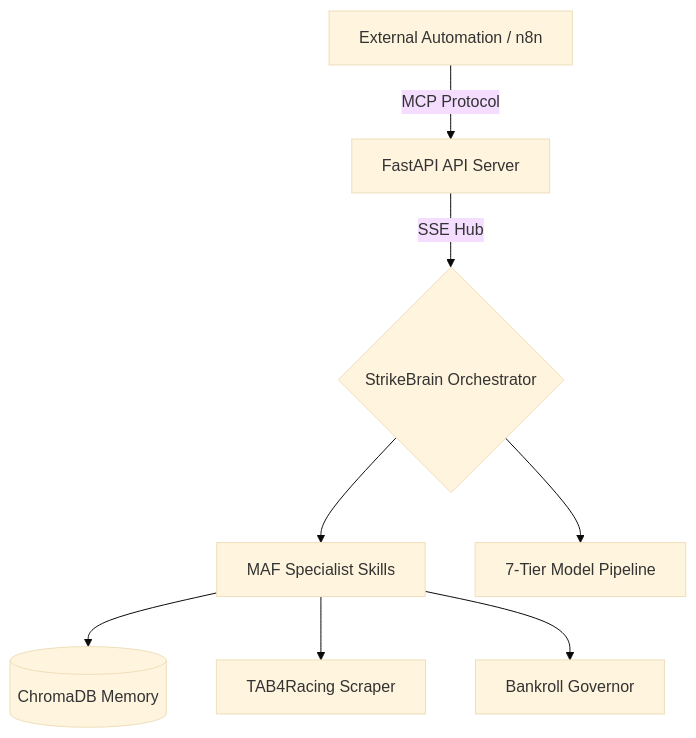
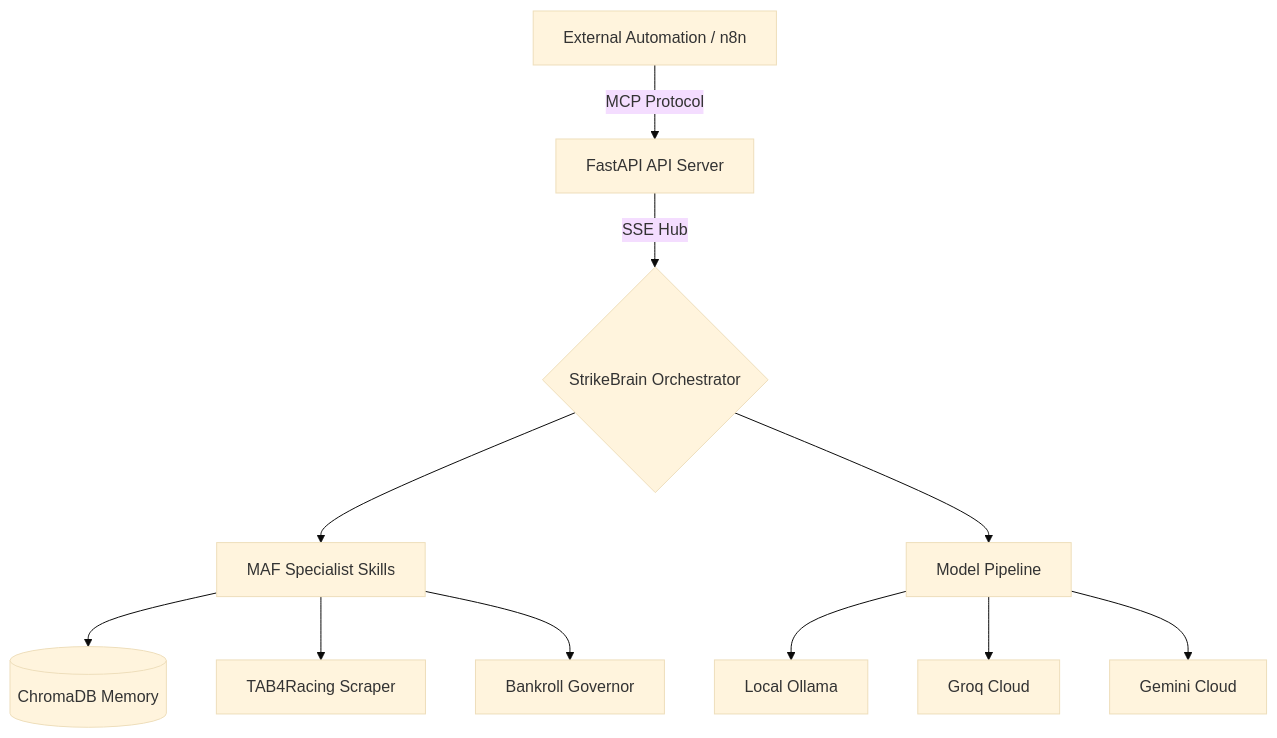
Before and after one commit to Gmpho/strike-tips-autonomous-: the diagram in docs/MCP_INTEGRATION_GUIDE.md, drawn with Mermaid (base theme). The commit also changed other lines of this file and 17 other files, not shown here.

````diff
--- a/docs/MCP_INTEGRATION_GUIDE.md
+++ b/docs/MCP_INTEGRATION_GUIDE.md
@@ -7,10 +9,13 @@
 ```mermaid
 graph TD
     A[External Automation / n8n] -- MCP Protocol --> B[FastAPI API Server]
     B -- SSE Hub --> C{StrikeBrain Orchestrator}
     C --> D[MAF Specialist Skills]
     D --> E[(ChromaDB Memory)]
     D --> F[TAB4Racing Scraper]
     D --> G[Bankroll Governor]
-    C --> H[7-Tier Model Pipeline]
+    C --> H[Model Pipeline]
+    H --> I[Local Ollama]
+    H --> J[Groq Cloud]
+    H --> K[Gemini Cloud]
 ```
````
